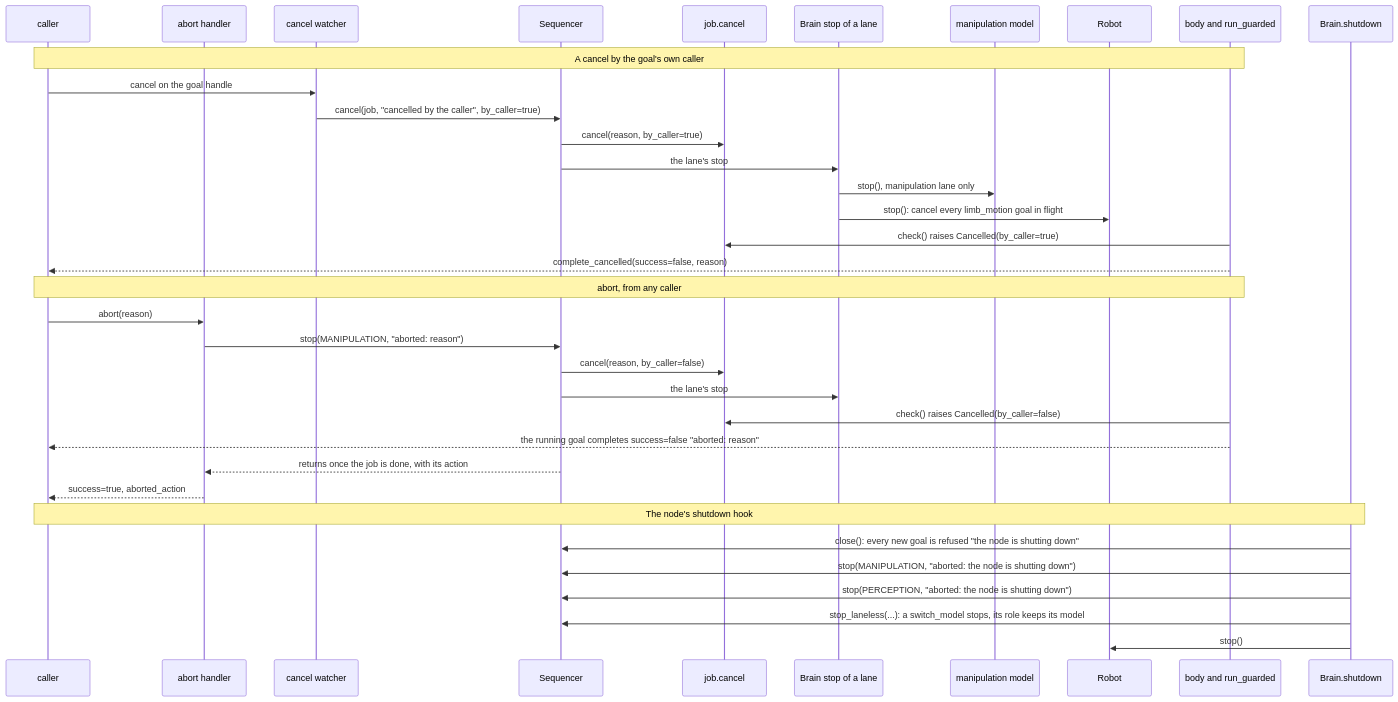
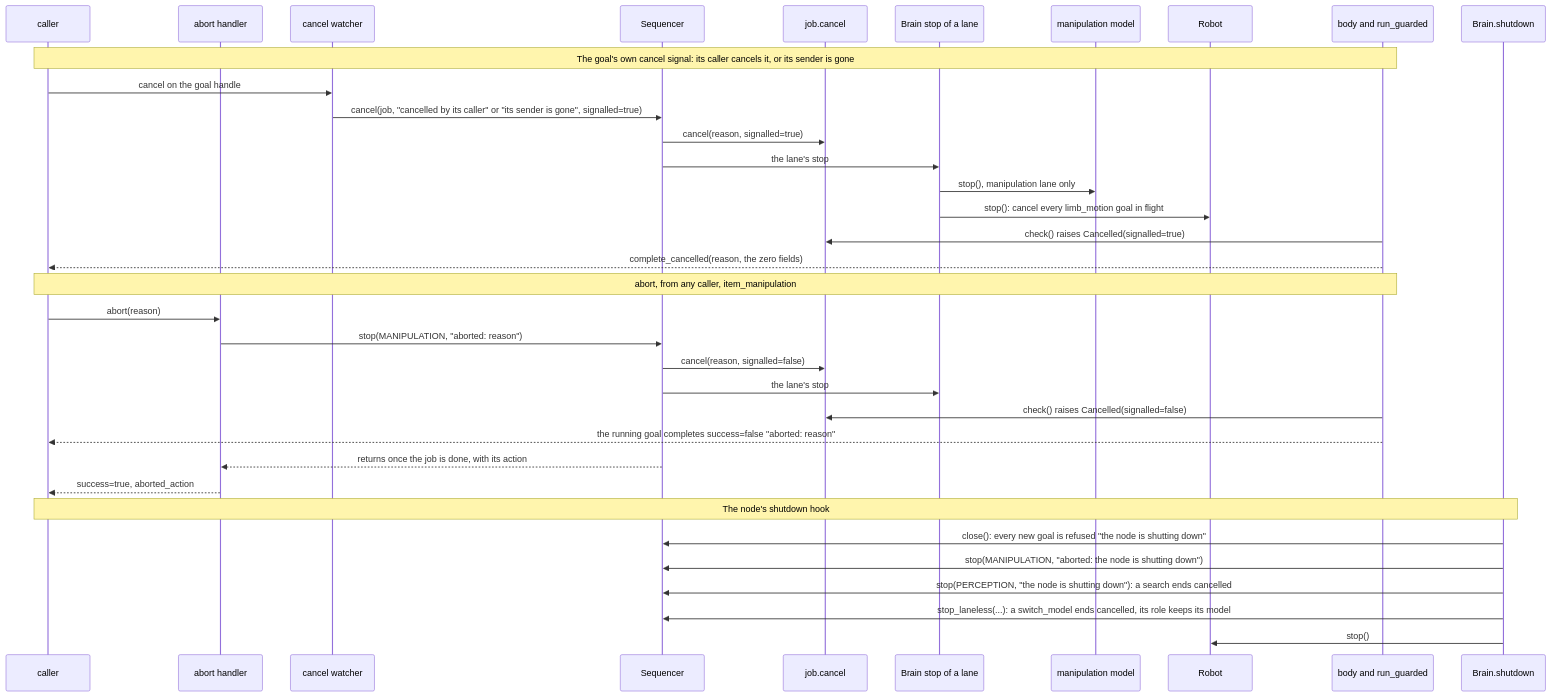
The fourth of 4 diagrams in brain_core/README.md (Peppy-bot/public-peppy-libs), drawn with Mermaid before and after one commit. The commit also changed other lines of this file and 32 other files, not shown here.

````diff
--- a/brain_core/README.md
+++ b/brain_core/README.md
@@ -280,37 +305,37 @@
 ```mermaid
 sequenceDiagram
     participant C as caller
     participant A as abort handler
     participant W as cancel watcher
     participant Q as Sequencer
     participant J as job.cancel
     participant L as Brain stop of a lane
     participant Mn as manipulation model
     participant R as Robot
     participant H as body and run_guarded
     participant S as Brain.shutdown
-    Note over C,H: A cancel by the goal's own caller
+    Note over C,H: The goal's own cancel signal: its caller cancels it, or its sender is gone
     C->>W: cancel on the goal handle
-    W->>Q: cancel(job, "cancelled by the caller", by_caller=true)
-    Q->>J: cancel(reason, by_caller=true)
+    W->>Q: cancel(job, "cancelled by its caller" or "its sender is gone", signalled=true)
+    Q->>J: cancel(reason, signalled=true)
     Q->>L: the lane's stop
     L->>Mn: stop(), manipulation lane only
     L->>R: stop(): cancel every limb_motion goal in flight
-    H->>J: check() raises Cancelled(by_caller=true)
-    H-->>C: complete_cancelled(success=false, reason)
-    Note over C,H: abort, from any caller
+    H->>J: check() raises Cancelled(signalled=true)
+    H-->>C: complete_cancelled(reason, the zero fields)
+    Note over C,H: abort, from any caller, item_manipulation
     C->>A: abort(reason)
     A->>Q: stop(MANIPULATION, "aborted: reason")
-    Q->>J: cancel(reason, by_caller=false)
+    Q->>J: cancel(reason, signalled=false)
     Q->>L: the lane's stop
-    H->>J: check() raises Cancelled(by_caller=false)
+    H->>J: check() raises Cancelled(signalled=false)
     H-->>C: the running goal completes success=false "aborted: reason"
     Q-->>A: returns once the job is done, with its action
     A-->>C: success=true, aborted_action
     Note over C,S: The node's shutdown hook
     S->>Q: close(): every new goal is refused "the node is shutting down"
     S->>Q: stop(MANIPULATION, "aborted: the node is shutting down")
-    S->>Q: stop(PERCEPTION, "aborted: the node is shutting down")
-    S->>Q: stop_laneless(...): a switch_model stops, its role keeps its model
+    S->>Q: stop(PERCEPTION, "the node is shutting down"): a search ends cancelled
+    S->>Q: stop_laneless(...): a switch_model ends cancelled, its role keeps its model
     S->>R: stop()
 ```
````
